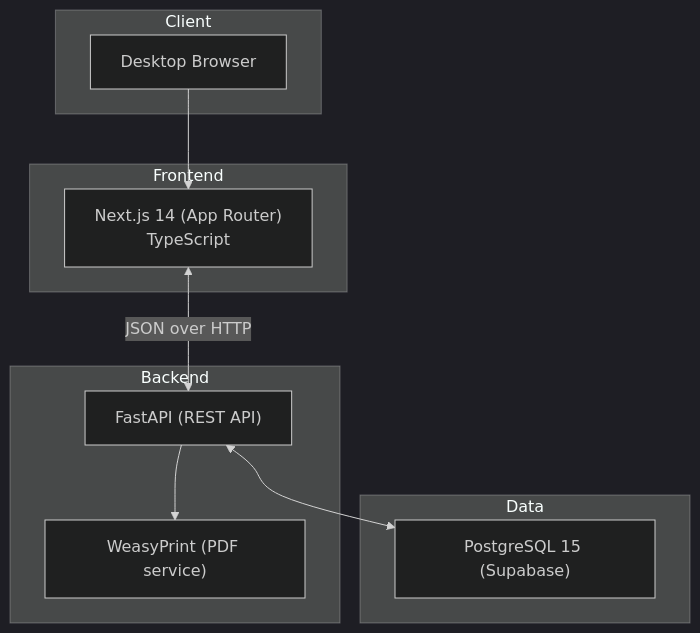
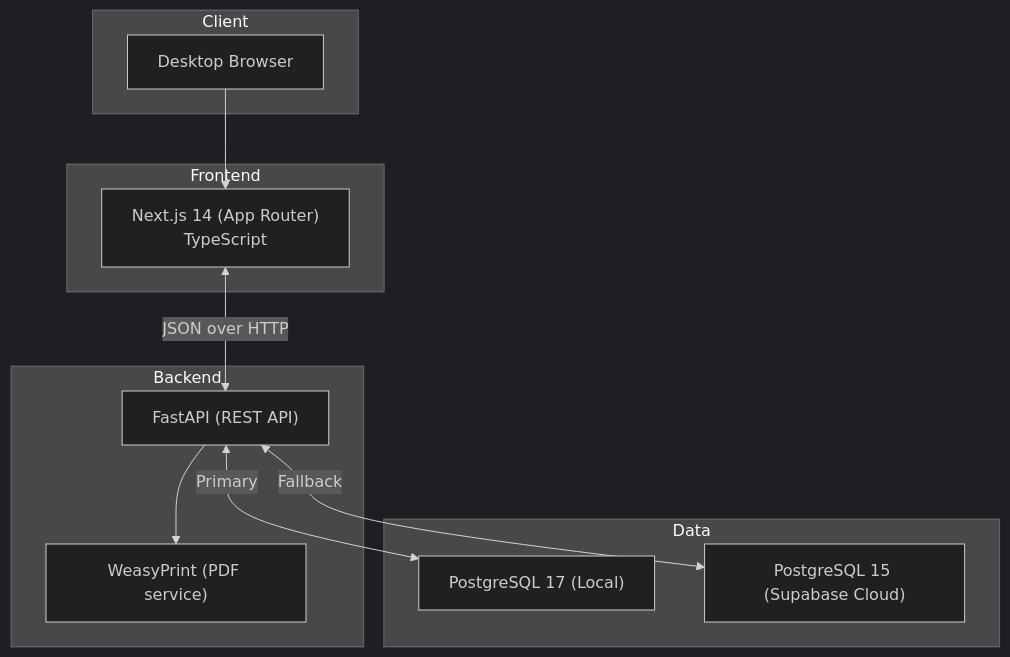
Before and after one commit to AIOjPINEDA/EHR_Local: the diagram in docs/architecture/overview.md, drawn with Mermaid (dark theme). The commit also changed other lines of this file and 4 other files, not shown here.

First line of the commit message:
feat: Migrate to PostgreSQL 17 with dual deployment capability

````diff
--- a/docs/architecture/overview.md
+++ b/docs/architecture/overview.md
@@ -11,24 +11,26 @@
 ```mermaid
 flowchart TB
     subgraph Client ["Client"]
         Browser["Desktop Browser"]
     end
 
     subgraph Frontend ["Frontend"]
         NextJS["Next.js 14 (App Router)<br/>TypeScript"]
     end
 
     subgraph Backend ["Backend"]
         FastAPI["FastAPI (REST API)"]
         PDF["WeasyPrint (PDF service)"]
     end
 
     subgraph Data ["Data"]
-        PG["PostgreSQL 15 (Supabase)"]
+        PG17["PostgreSQL 17 (Local)"]
+        PG15["PostgreSQL 15 (Supabase Cloud)"]
     end
 
     Browser --> NextJS
     NextJS <-->|JSON over HTTP| FastAPI
     FastAPI --> PDF
-    FastAPI <--> PG
+    FastAPI <-->|Primary| PG17
+    FastAPI <-->|Fallback| PG15
 ```
````
